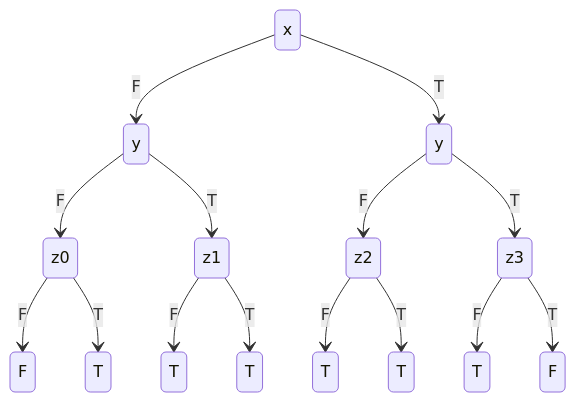
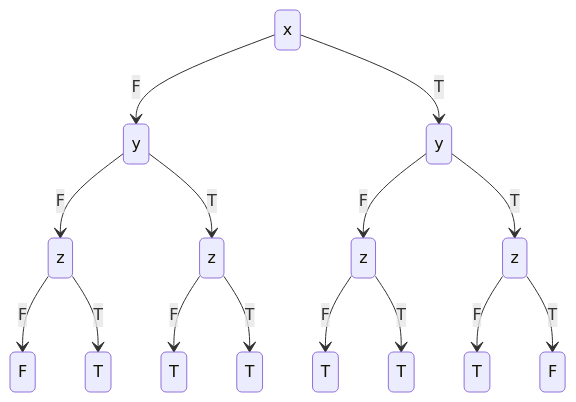
One commit to VinayakFia/Obsidian changed the diagram in COMP3153/Stream b/Stream B - Pass.md. Above: the diagram before and after it, drawn with Mermaid. The commit also changed other lines of this file, not shown here.

````diff
--- a/COMP3153/Stream b/Stream B - Pass.md
+++ b/COMP3153/Stream b/Stream B - Pass.md
@@ -87,31 +86,36 @@
 ```mermaid
 stateDiagram-v2
-	x --> y0 : F
-	x --> y1 : T
-
 	y0 : y
 	y1 : y
 
-	y0 --> z0 : F
-	y0 --> z1 : T
-	y1 --> z2 : F
-	y1 --> z3 : T
-	
+	z0 : z
+	z1 : z
+	z2 : z
+	z3 : z
+		
 	F0 : F
 	F1 : F
 	T0 : T 
 	T1 : T
 	T2 : T
 	T3 : T
 	T4 : T
 	T5 : T
-	
+
+	x --> y0 : F
+	x --> y1 : T
+
+	y0 --> z0 : F
+	y0 --> z1 : T
+	y1 --> z2 : F
+	y1 --> z3 : T
+
 	z0 --> F0 : F
 	z0 --> T0 : T
 	z1 --> T1 : F
 	z1 --> T2 : T
 	z2 --> T3 : F
 	z2 --> T4 : T
 	z3 --> T5 : F
 	z3 --> F1 : T
 ```
````
